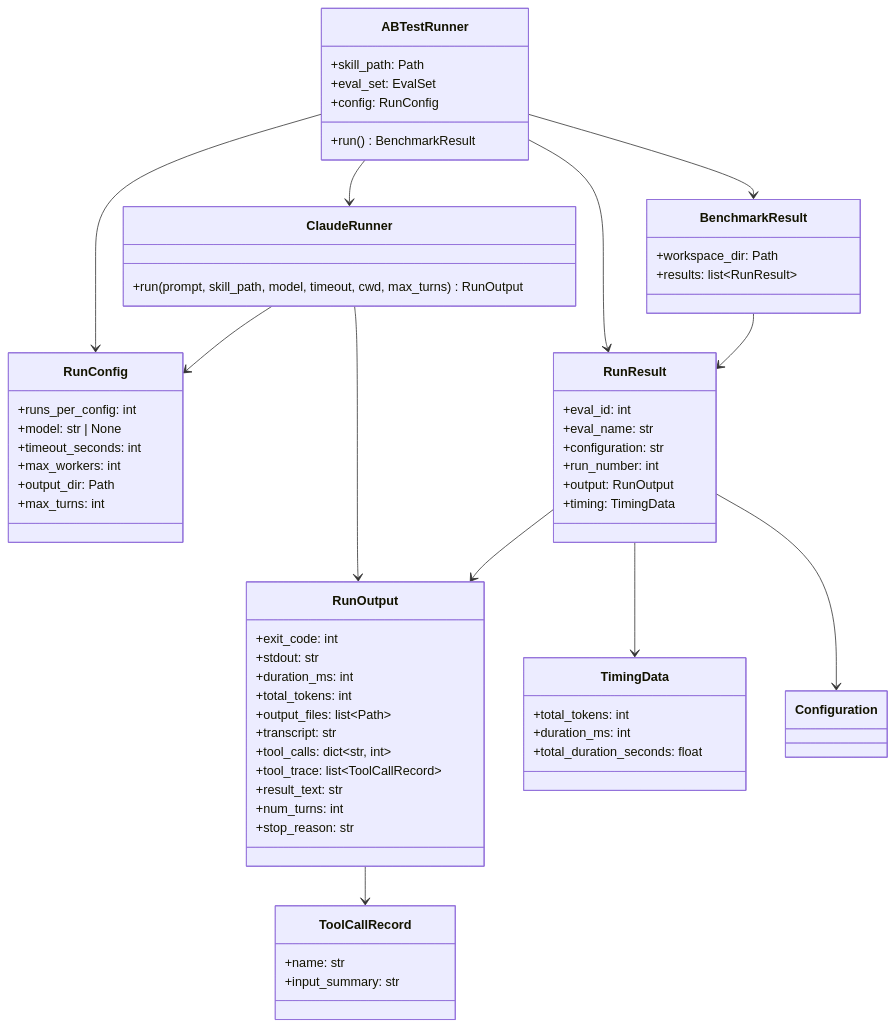
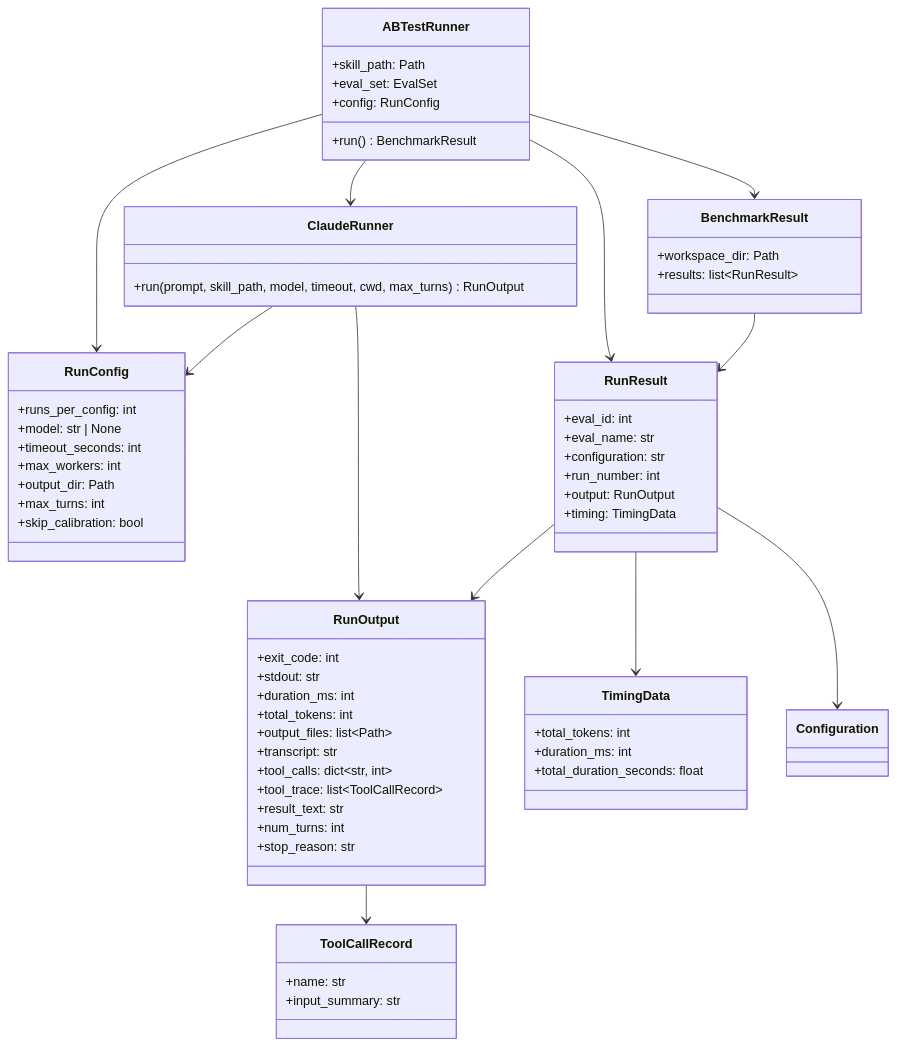
One commit to HangDu1995/sift changed the sixth of 17 diagrams in docs/skill-eval-design.md. Above: the diagram before and after it, drawn with Mermaid. The commit also changed other lines of this file and 29 other files, not shown here.

````diff
--- a/docs/skill-eval-design.md
+++ b/docs/skill-eval-design.md
@@ -878,73 +880,74 @@
 ```mermaid
 classDiagram
     class ABTestRunner {
         +skill_path: Path
         +eval_set: EvalSet
         +config: RunConfig
         +run() BenchmarkResult
     }
 
     class RunConfig {
         +runs_per_config: int
         +model: str | None
         +timeout_seconds: int
         +max_workers: int
         +output_dir: Path
         +max_turns: int
+        +skip_calibration: bool
     }
 
     class ClaudeRunner {
         +run(prompt, skill_path, model, timeout, cwd, max_turns) RunOutput
     }
 
     class ToolCallRecord {
         +name: str
         +input_summary: str
     }
 
     class RunOutput {
         +exit_code: int
         +stdout: str
         +duration_ms: int
         +total_tokens: int
         +output_files: list~Path~
         +transcript: str
         +tool_calls: dict~str, int~
         +tool_trace: list~ToolCallRecord~
         +result_text: str
         +num_turns: int
         +stop_reason: str
     }
 
     class RunResult {
         +eval_id: int
         +eval_name: str
         +configuration: str
         +run_number: int
         +output: RunOutput
         +timing: TimingData
     }
 
     class TimingData {
         +total_tokens: int
         +duration_ms: int
         +total_duration_seconds: float
     }
 
     class BenchmarkResult {
         +workspace_dir: Path
         +results: list~RunResult~
     }
 
     ABTestRunner --> RunConfig
     ABTestRunner --> ClaudeRunner
     ABTestRunner --> RunResult
     ABTestRunner --> BenchmarkResult
     ClaudeRunner --> RunOutput
     ClaudeRunner --> RunConfig
     RunOutput --> ToolCallRecord
     RunResult --> RunOutput
     RunResult --> TimingData
     RunResult --> Configuration
     BenchmarkResult --> RunResult
 ```
````
